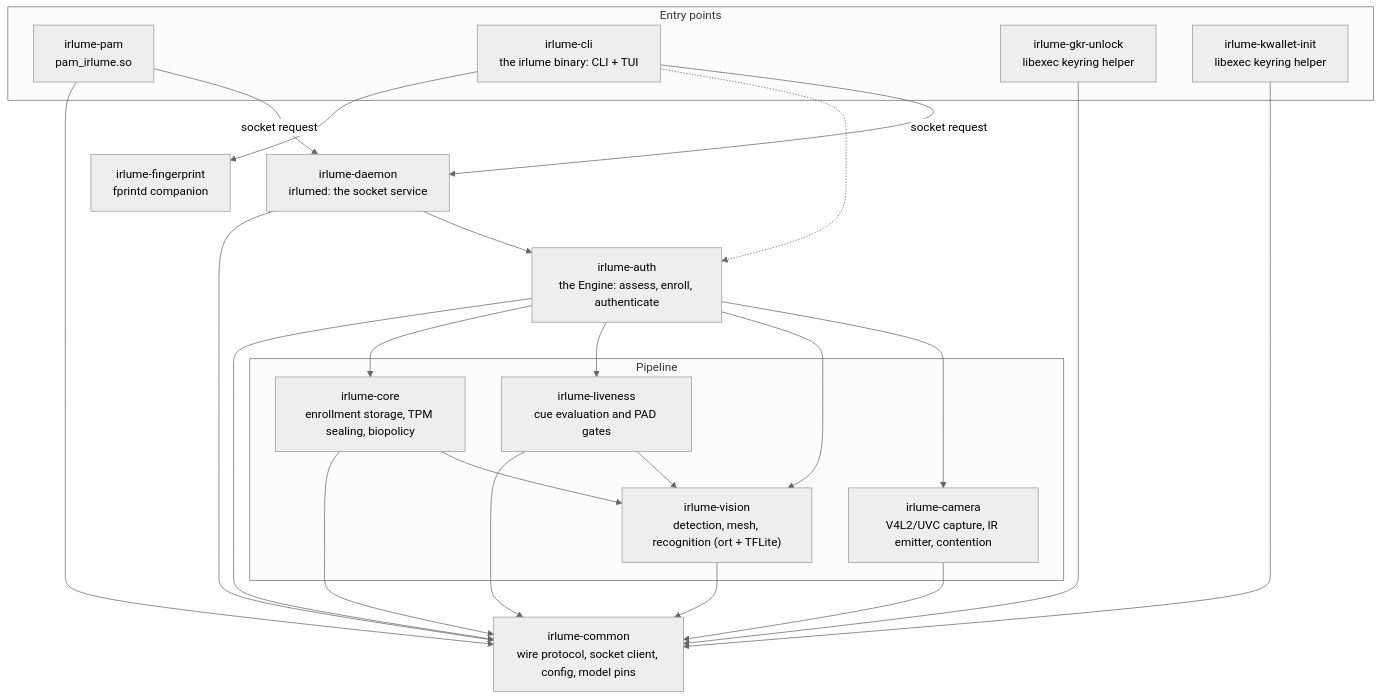
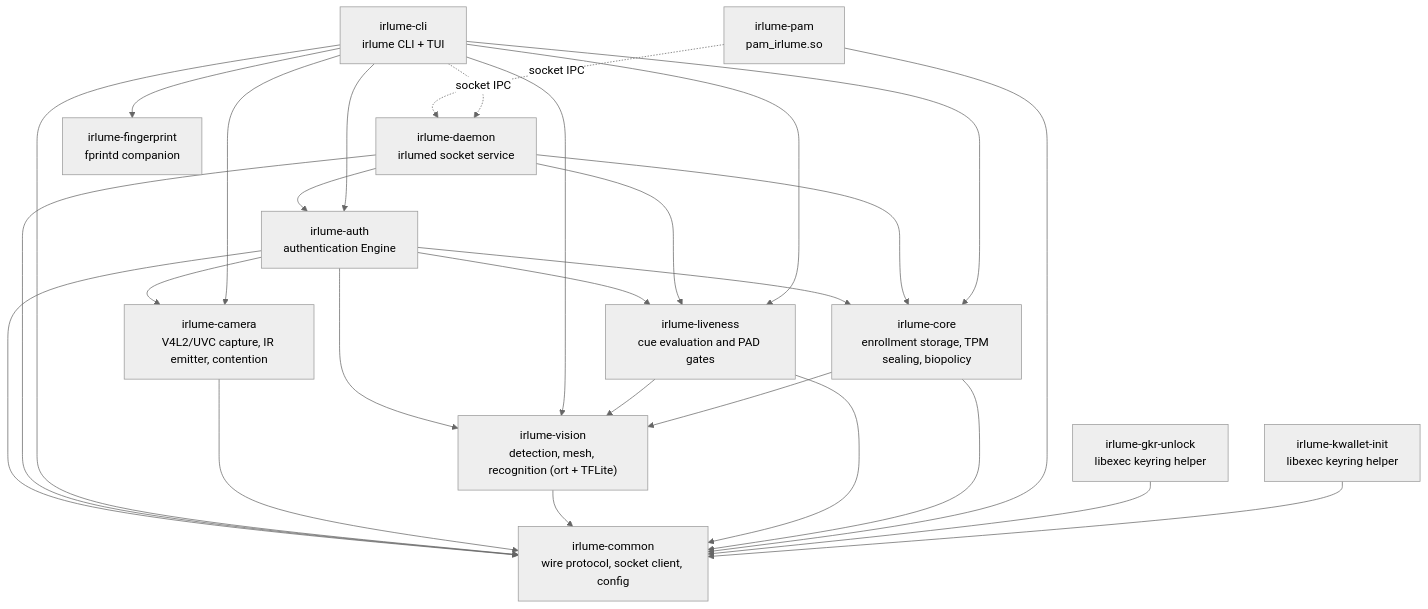
The diagram in crates/README.md (archledger/irlume), drawn with Mermaid (neutral theme) before and after one commit. The commit also changed other lines of this file, not shown here.

````diff
--- a/crates/README.md
+++ b/crates/README.md
@@ -8,40 +9,43 @@
 ```mermaid
 flowchart TD
-    subgraph entry["Entry points"]
-        pam["irlume-pam<br/>pam_irlume.so"]
-        cli["irlume-cli<br/>the irlume binary: CLI + TUI"]
-        gkr["irlume-gkr-unlock<br/>libexec keyring helper"]
-        kwi["irlume-kwallet-init<br/>libexec keyring helper"]
-    end
-    daemon["irlume-daemon<br/>irlumed: the socket service"]
-    auth["irlume-auth<br/>the Engine: assess, enroll, authenticate"]
-    subgraph pipeline["Pipeline"]
-        camera["irlume-camera<br/>V4L2/UVC capture, IR emitter, contention"]
-        vision["irlume-vision<br/>detection, mesh, recognition (ort + TFLite)"]
-        liveness["irlume-liveness<br/>cue evaluation and PAD gates"]
-        core["irlume-core<br/>enrollment storage, TPM sealing, biopolicy"]
-    end
-    common["irlume-common<br/>wire protocol, socket client, config, model pins"]
+    pam["irlume-pam<br/>pam_irlume.so"]
+    cli["irlume-cli<br/>irlume CLI + TUI"]
+    gkr["irlume-gkr-unlock<br/>libexec keyring helper"]
+    kwi["irlume-kwallet-init<br/>libexec keyring helper"]
+    daemon["irlume-daemon<br/>irlumed socket service"]
+    auth["irlume-auth<br/>authentication Engine"]
+    camera["irlume-camera<br/>V4L2/UVC capture, IR emitter, contention"]
+    vision["irlume-vision<br/>detection, mesh, recognition (ort + TFLite)"]
+    liveness["irlume-liveness<br/>cue evaluation and PAD gates"]
+    core["irlume-core<br/>enrollment storage, TPM sealing, biopolicy"]
+    common["irlume-common<br/>wire protocol, socket client, config"]
     fp["irlume-fingerprint<br/>fprintd companion"]
 
-    pam -- "socket request" --> daemon
-    cli -- "socket request" --> daemon
-    daemon --> auth
+    pam -. "socket IPC" .-> daemon
+    cli -. "socket IPC" .-> daemon
     auth --> camera
     auth --> vision
     auth --> liveness
     auth --> core
-    cli -.-> auth
+    auth --> common
+    daemon --> auth
+    daemon --> core
+    daemon --> liveness
+    daemon --> common
+    cli --> auth
+    cli --> camera
+    cli --> vision
+    cli --> liveness
+    cli --> core
+    cli --> common
     cli --> fp
-    core --> vision
-    liveness --> vision
     camera --> common
     vision --> common
+    liveness --> vision
     liveness --> common
+    core --> vision
     core --> common
-    auth --> common
-    daemon --> common
     pam --> common
     gkr --> common
     kwi --> common
 ```
````
